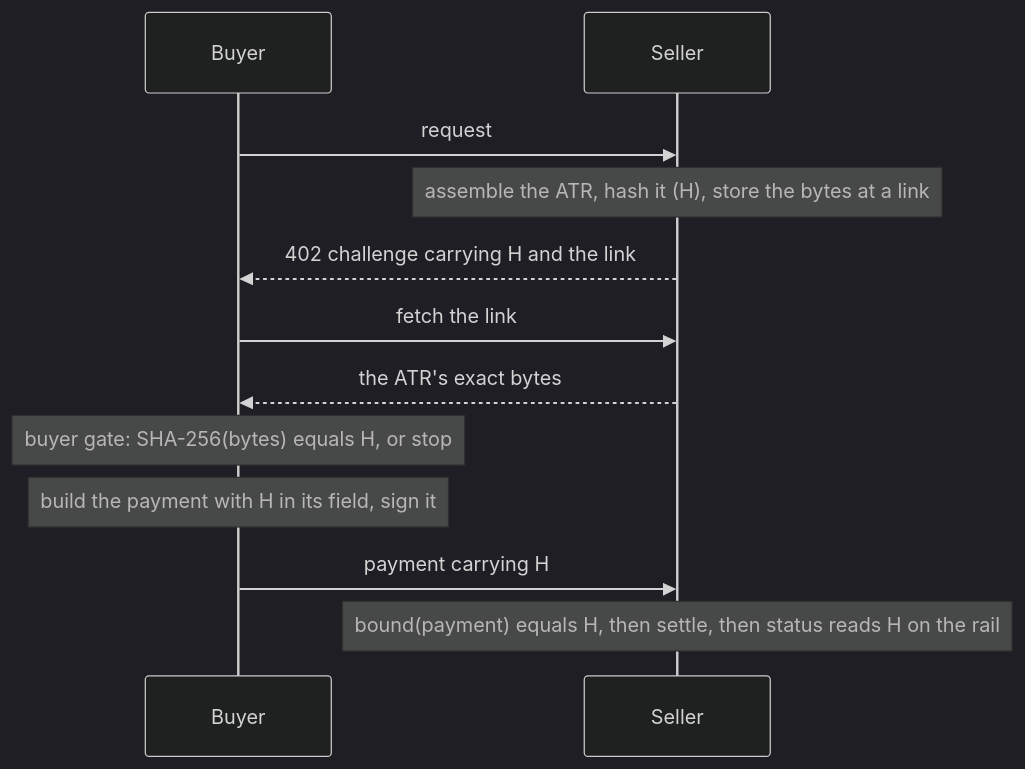
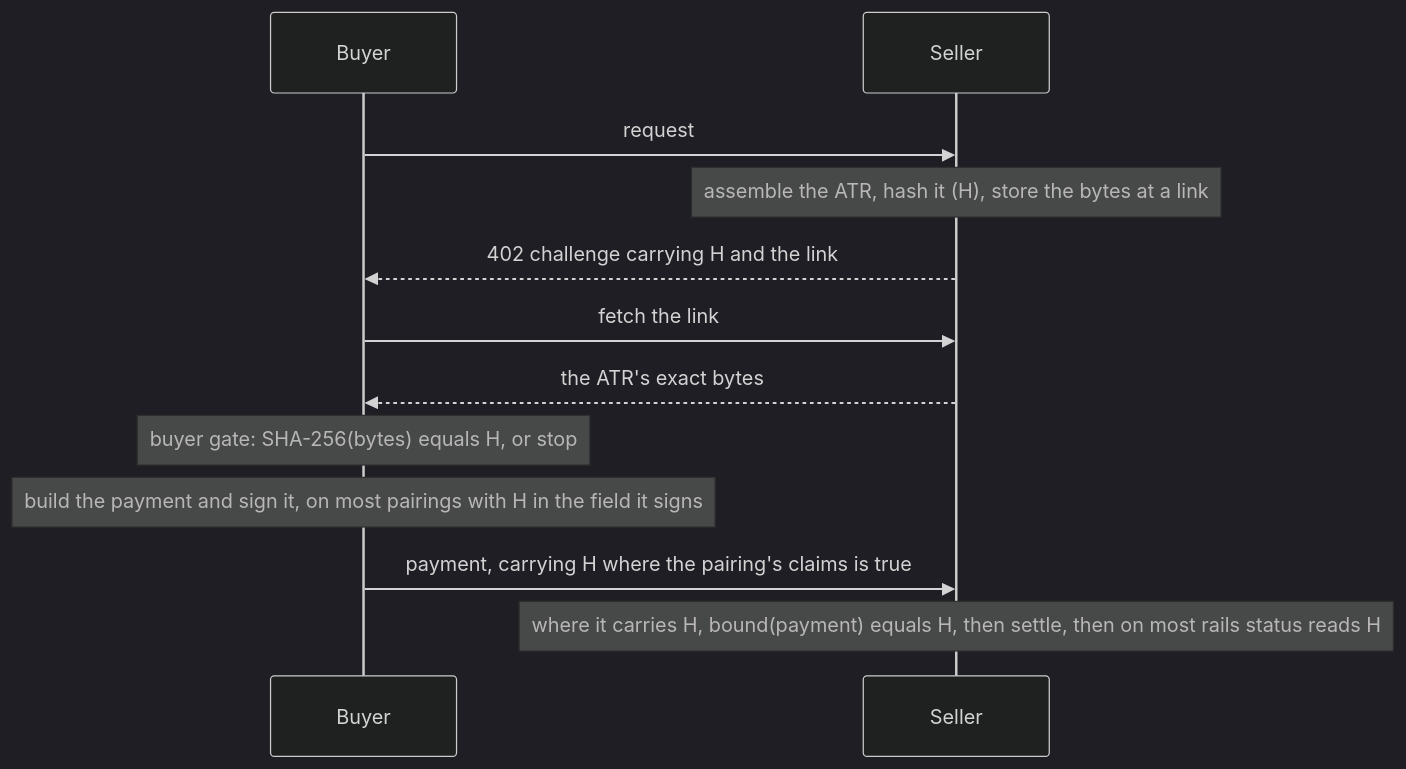
One commit to IntegraLedger/integra-protocol changed the diagram in lcp/README.md. Above: the diagram before and after it, drawn with Mermaid (dark theme). The commit also changed 2 other files, not shown here.

Commit message:
docs: the overview diagrams draw H in what the buyer signs on most pairings
The sequence diagrams in the overview, the package README and the buyer
gate page say what the prose beside them says: on most pairings the
buyer signs a payment with H in its field; the payment carries H where
the pairing's claims is true, and only there is H read back from it;
and on most rails status reads H from the settlement.

````diff
--- a/lcp/README.md
+++ b/lcp/README.md
@@ -50,14 +50,14 @@
 ```mermaid
 sequenceDiagram
   participant B as Buyer
   participant S as Seller
   B->>S: request
   Note over S: assemble the ATR, hash it (H), store the bytes at a link
   S-->>B: 402 challenge carrying H and the link
   B->>S: fetch the link
   S-->>B: the ATR's exact bytes
   Note over B: buyer gate: SHA-256(bytes) equals H, or stop
-  Note over B: build the payment with H in its field, sign it
-  B->>S: payment carrying H
-  Note over S: bound(payment) equals H, then settle, then status reads H on the rail
+  Note over B: build the payment and sign it, on most pairings with H in the field it signs
+  B->>S: payment, carrying H where the pairing's claims is true
+  Note over S: where it carries H, bound(payment) equals H, then settle, then on most rails status reads H
 ```
````
